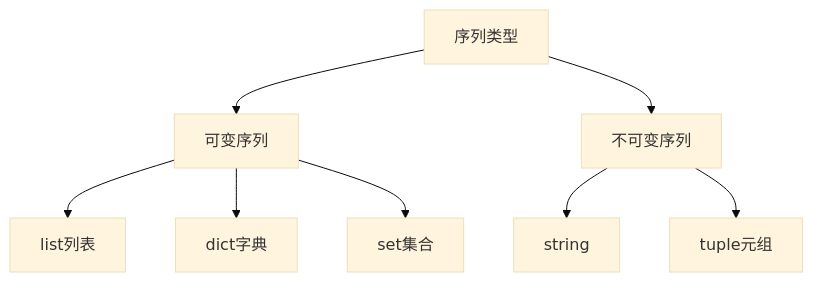
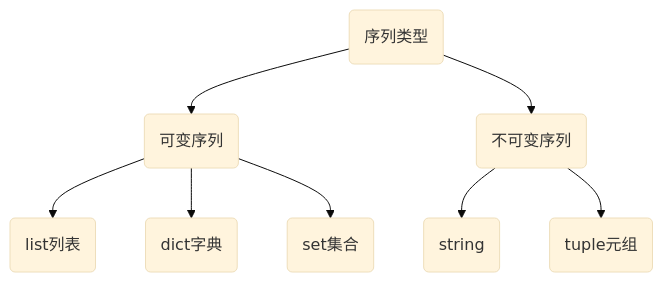
The diagram in d-type/index.md (hughxusu/lesson-py), drawn with Mermaid (base theme) before and after one commit. The commit also changed 3 other files, not shown here.

````diff
--- a/d-type/index.md
+++ b/d-type/index.md
@@ -9,11 +9,10 @@
 ```mermaid
 graph 
-序列类型-->可变序列
-序列类型-->不可变序列
-可变序列-->list列表
-可变序列-->dict字典
-可变序列-->set集合
-不可变序列-->string
-不可变序列-->tuple元组
-
+    a(序列类型)-->b(可变序列)
+    a-->c(不可变序列)
+    b-->e(list列表)
+    b-->f(dict字典)
+    b-->g(set集合)
+    c-->h(string)
+    c-->j(tuple元组)
 ```
````
